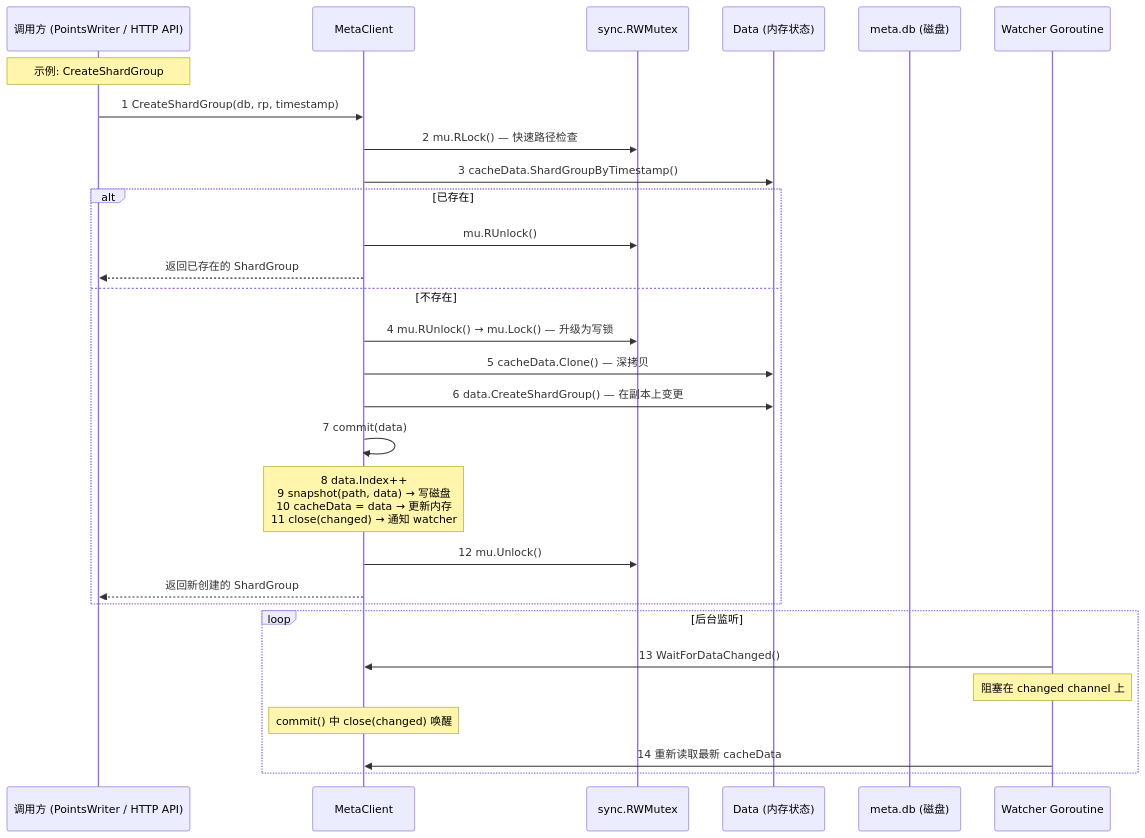
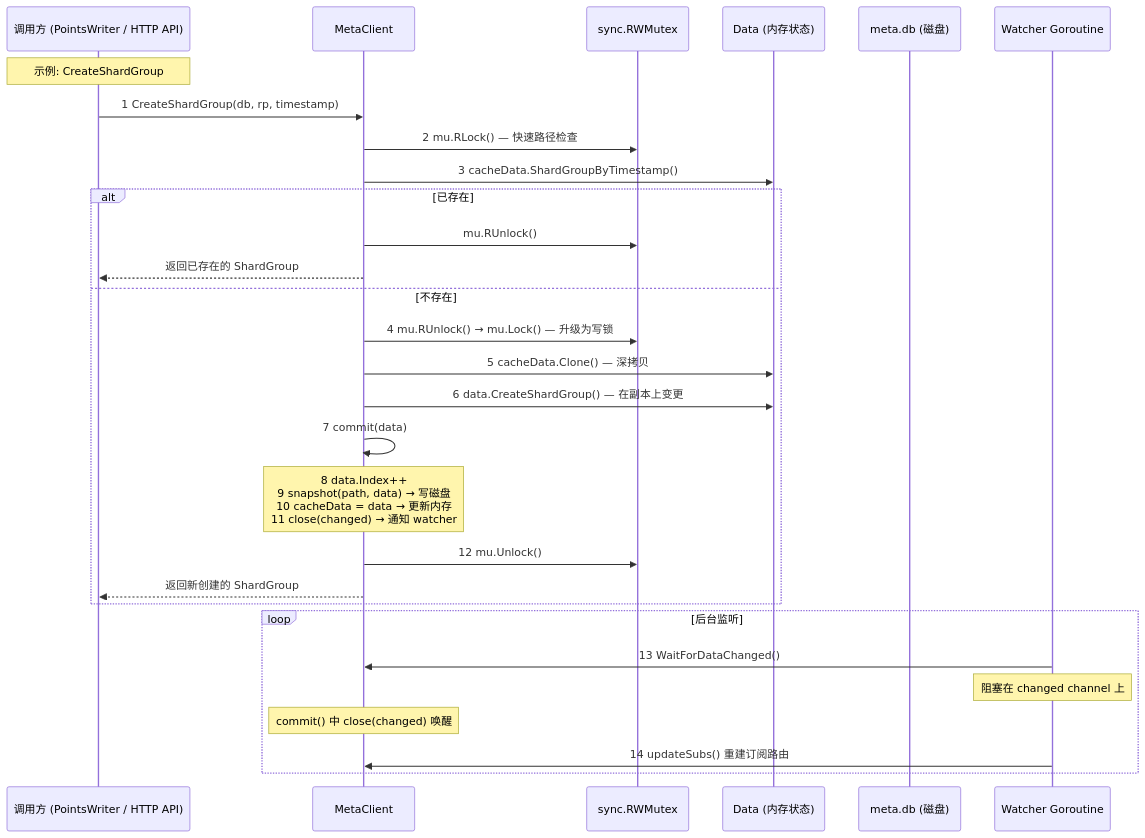
One commit to stefanv5/influxdb changed the first of 14 diagrams in docs/specs/07_state_machine_spec.md. Above: the diagram before and after it, drawn with Mermaid. The commit also changed other lines of this file and 18 other files, not shown here.

````diff
--- a/docs/specs/07_state_machine_spec.md
+++ b/docs/specs/07_state_machine_spec.md
@@ -130,34 +130,34 @@
 ```mermaid
 sequenceDiagram
     participant Caller as 调用方 (PointsWriter / HTTP API)
     participant Client as MetaClient
     participant Lock as sync.RWMutex
     participant Data as Data (内存状态)
     participant Disk as meta.db (磁盘)
     participant Watcher as Watcher Goroutine
 
     Note over Caller: 示例: CreateShardGroup
 
     Caller->>Client: 1 CreateShardGroup(db, rp, timestamp)
     Client->>Lock: 2 mu.RLock() — 快速路径检查
     Client->>Data: 3 cacheData.ShardGroupByTimestamp()
     alt 已存在
         Client->>Lock: mu.RUnlock()
         Client-->>Caller: 返回已存在的 ShardGroup
     else 不存在
         Client->>Lock: 4 mu.RUnlock() → mu.Lock() — 升级为写锁
         Client->>Data: 5 cacheData.Clone() — 深拷贝
         Client->>Data: 6 data.CreateShardGroup() — 在副本上变更
         Client->>Client: 7 commit(data)
         Note over Client: 8 data.Index++<br>9 snapshot(path, data) → 写磁盘<br>10 cacheData = data → 更新内存<br>11 close(changed) → 通知 watcher
         Client->>Lock: 12 mu.Unlock()
         Client-->>Caller: 返回新创建的 ShardGroup
     end
 
     loop 后台监听
         Watcher->>Client: 13 WaitForDataChanged()
         Note over Watcher: 阻塞在 changed channel 上
         Note over Client: commit() 中 close(changed) 唤醒
-        Watcher->>Client: 14 重新读取最新 cacheData
+        Watcher->>Client: 14 updateSubs() 重建订阅路由
     end
 ```
````
